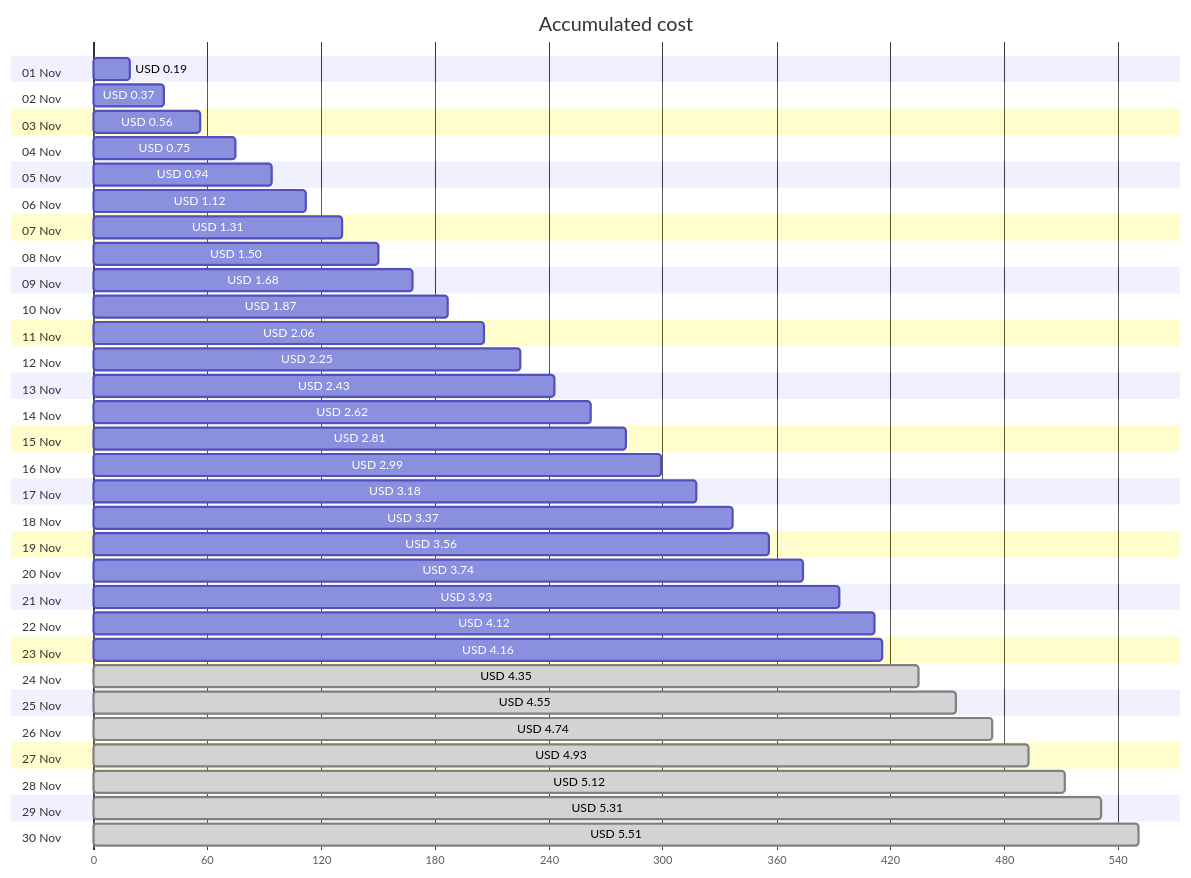
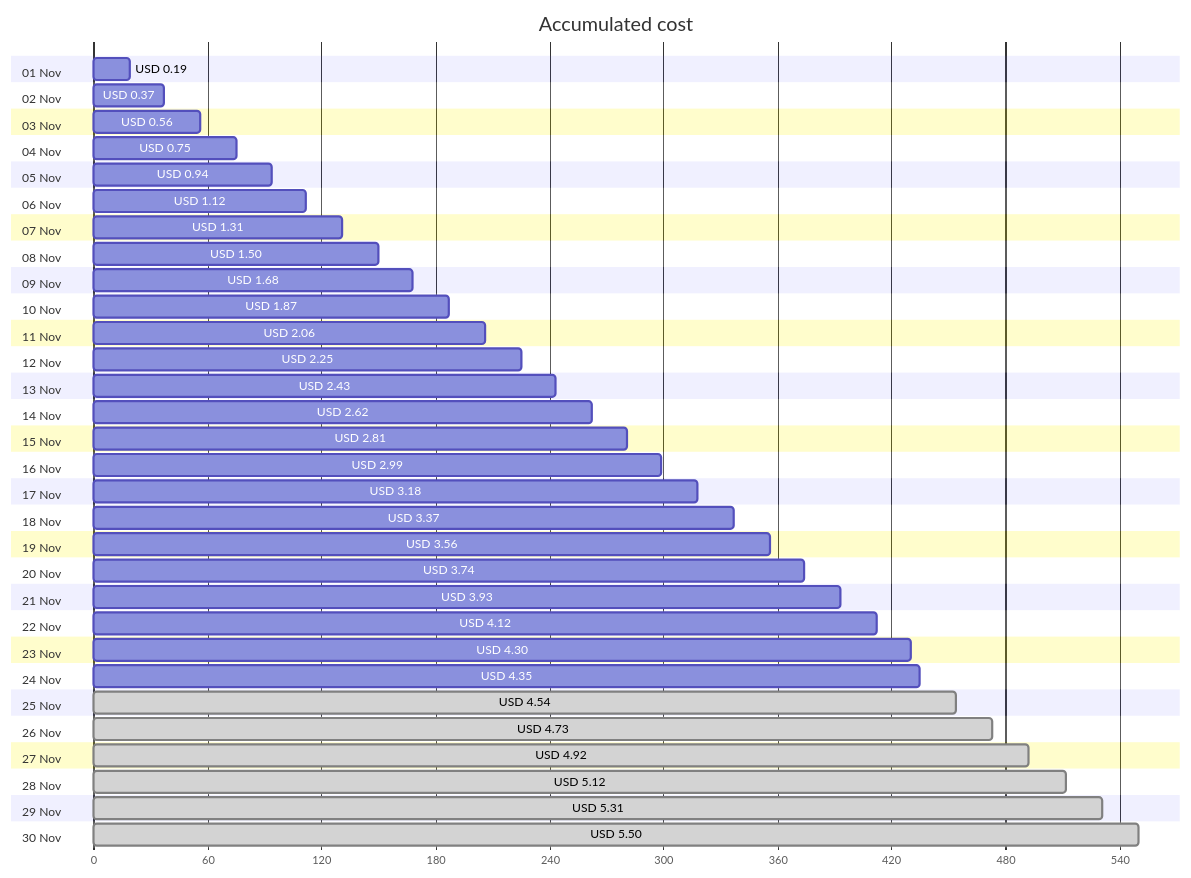
Before and after one commit to jpfulton/azure-personal-reports: the first of 4 diagrams in cost-reports/personal-network/backup-server.md, drawn with Mermaid. The commit also changed other lines of this file and 8 other files, not shown here.

````diff
--- a/cost-reports/personal-network/backup-server.md
+++ b/cost-reports/personal-network/backup-server.md
@@ -20,66 +20,66 @@
 ```mermaid
 gantt
    title Accumulated cost
    dateFormat  X
    axisFormat %s
    section 01 Nov
    USD 0.19 :0, 19
    section 02 Nov
    USD 0.37 :0, 37
    section 03 Nov
    USD 0.56 :0, 56
    section 04 Nov
    USD 0.75 :0, 75
    section 05 Nov
    USD 0.94 :0, 94
    section 06 Nov
    USD 1.12 :0, 112
    section 07 Nov
    USD 1.31 :0, 131
    section 08 Nov
    USD 1.50 :0, 150
    section 09 Nov
    USD 1.68 :0, 168
    section 10 Nov
    USD 1.87 :0, 187
    section 11 Nov
    USD 2.06 :0, 206
    section 12 Nov
    USD 2.25 :0, 225
    section 13 Nov
    USD 2.43 :0, 243
    section 14 Nov
    USD 2.62 :0, 262
    section 15 Nov
    USD 2.81 :0, 281
    section 16 Nov
    USD 2.99 :0, 299
    section 17 Nov
    USD 3.18 :0, 318
    section 18 Nov
    USD 3.37 :0, 337
    section 19 Nov
    USD 3.56 :0, 356
    section 20 Nov
    USD 3.74 :0, 374
    section 21 Nov
    USD 3.93 :0, 393
    section 22 Nov
    USD 4.12 :0, 412
    section 23 Nov
-   USD 4.16 :0, 416
+   USD 4.30 :0, 430
    section 24 Nov
-   USD 4.35 : done, 0, 435
+   USD 4.35 :0, 435
    section 25 Nov
-   USD 4.55 : done, 0, 455
+   USD 4.54 : done, 0, 454
    section 26 Nov
-   USD 4.74 : done, 0, 474
+   USD 4.73 : done, 0, 473
    section 27 Nov
-   USD 4.93 : done, 0, 493
+   USD 4.92 : done, 0, 492
    section 28 Nov
    USD 5.12 : done, 0, 512
    section 29 Nov
    USD 5.31 : done, 0, 531
    section 30 Nov
-   USD 5.51 : done, 0, 551
+   USD 5.50 : done, 0, 550
 ```
````
